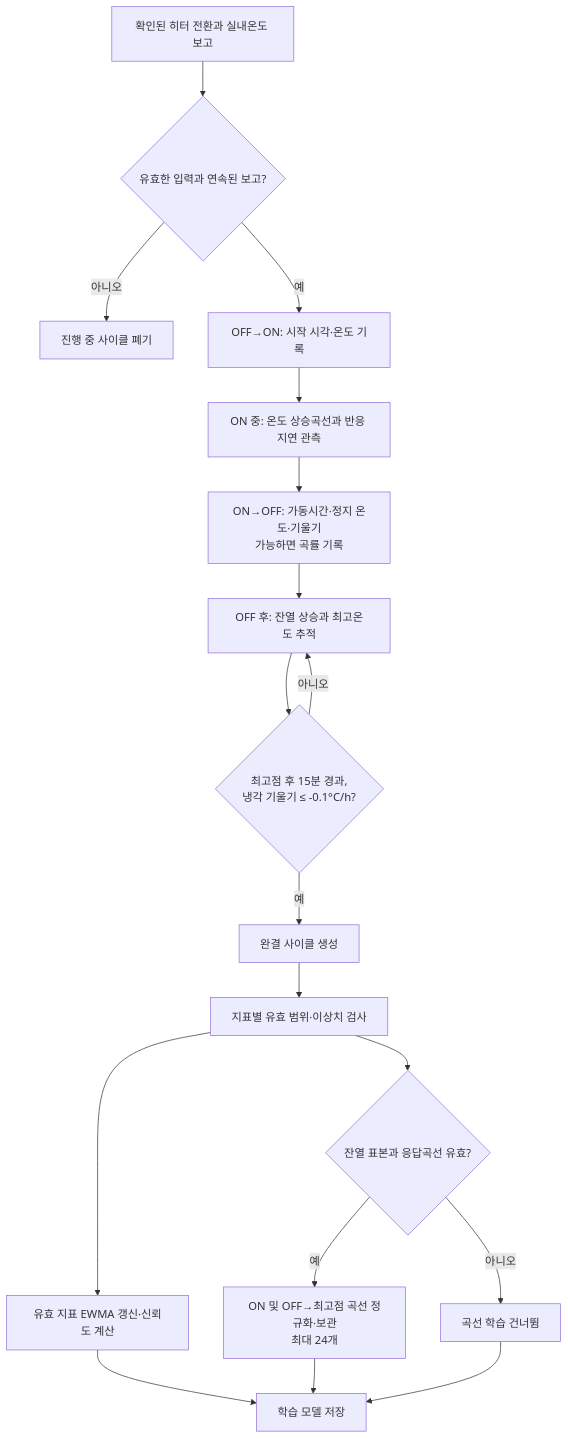
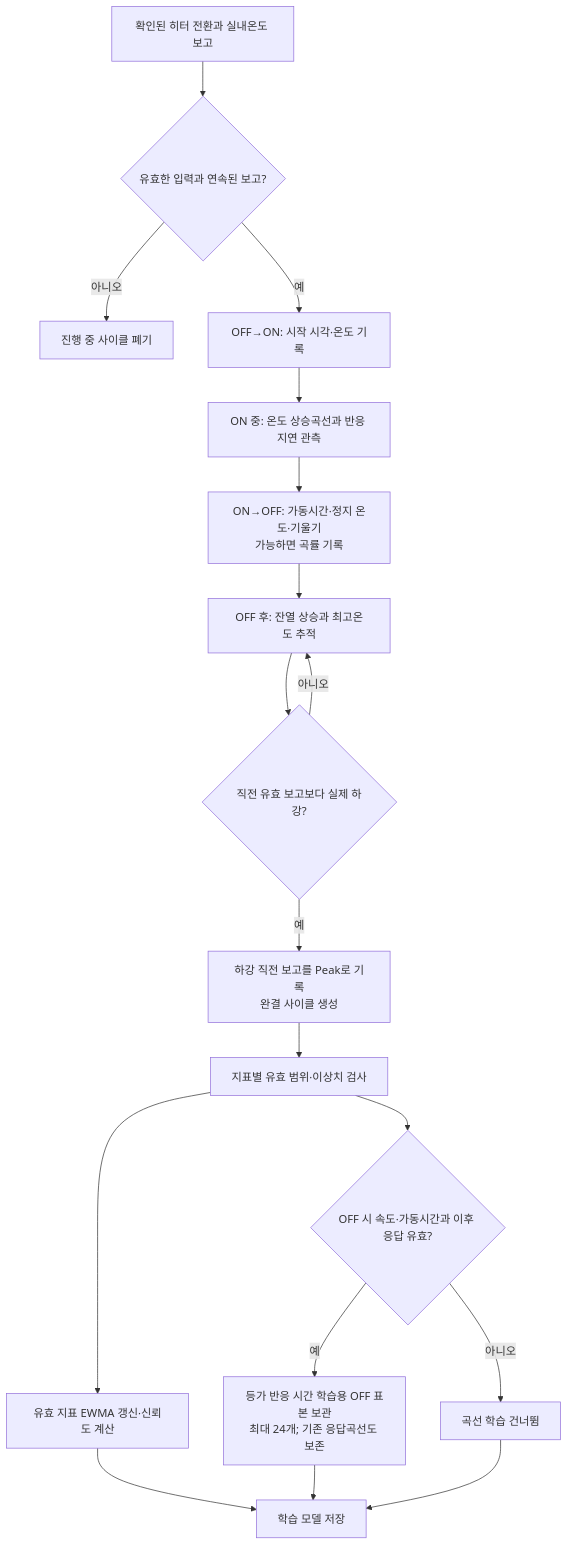
Before and after one commit to plplaaa2/adapted_climate: the first of 2 diagrams in docs/heating_learning_and_auto_control.md, drawn with Mermaid. The commit also changed other lines of this file and 18 other files, not shown here.

````diff
--- a/docs/heating_learning_and_auto_control.md
+++ b/docs/heating_learning_and_auto_control.md
@@ -10,20 +10,20 @@
 ```mermaid
 flowchart TD
     A["확인된 히터 전환과 실내온도 보고"] --> B{"유효한 입력과 연속된 보고?"}
     B -- "아니오" --> X["진행 중 사이클 폐기"]
     B -- "예" --> C["OFF→ON: 시작 시각·온도 기록"]
     C --> D["ON 중: 온도 상승곡선과 반응 지연 관측"]
     D --> E["ON→OFF: 가동시간·정지 온도·기울기<br/>가능하면 곡률 기록"]
     E --> F["OFF 후: 잔열 상승과 최고온도 추적"]
-    F --> G{"최고점 후 15분 경과,<br/>냉각 기울기 ≤ -0.1°C/h?"}
+    F --> G{"직전 유효 보고보다 실제 하강?"}
     G -- "아니오" --> F
-    G -- "예" --> H["완결 사이클 생성"]
+    G -- "예" --> H["하강 직전 보고를 Peak로 기록<br/>완결 사이클 생성"]
     H --> I["지표별 유효 범위·이상치 검사"]
     I --> J["유효 지표 EWMA 갱신·신뢰도 계산"]
-    I --> K{"잔열 표본과 응답곡선 유효?"}
-    K -- "예" --> L["ON 및 OFF→최고점 곡선 정규화·보관<br/>최대 24개"]
+    I --> K{"OFF 시 속도·가동시간과 이후 응답 유효?"}
+    K -- "예" --> L["등가 반응 시간 학습용 OFF 표본 보관<br/>최대 24개; 기존 응답곡선도 보존"]
     K -- "아니오" --> M["곡선 학습 건너뜀"]
     J --> N["학습 모델 저장"]
     L --> N
     M --> N
 ```
````
